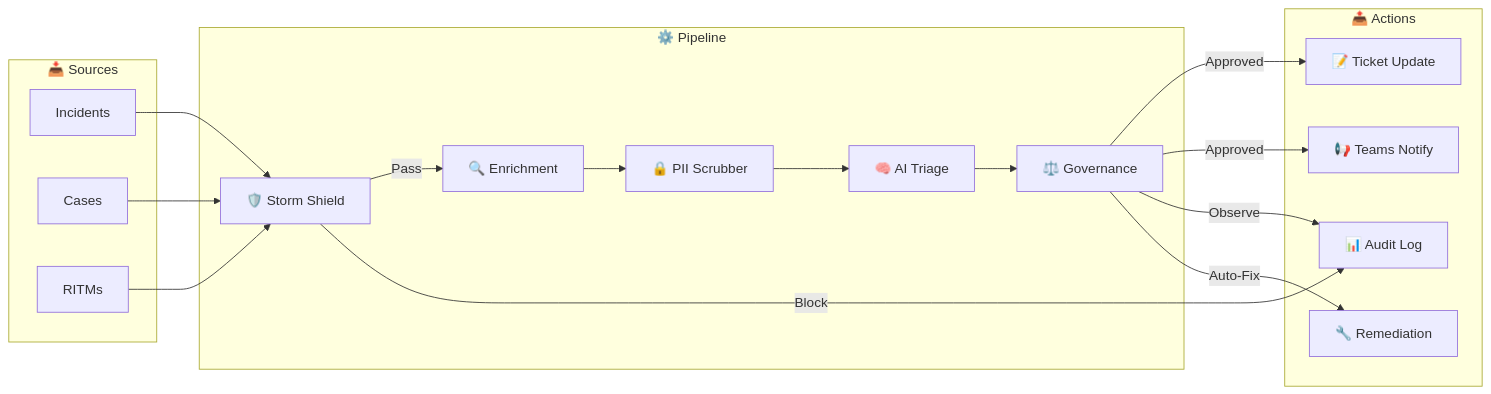
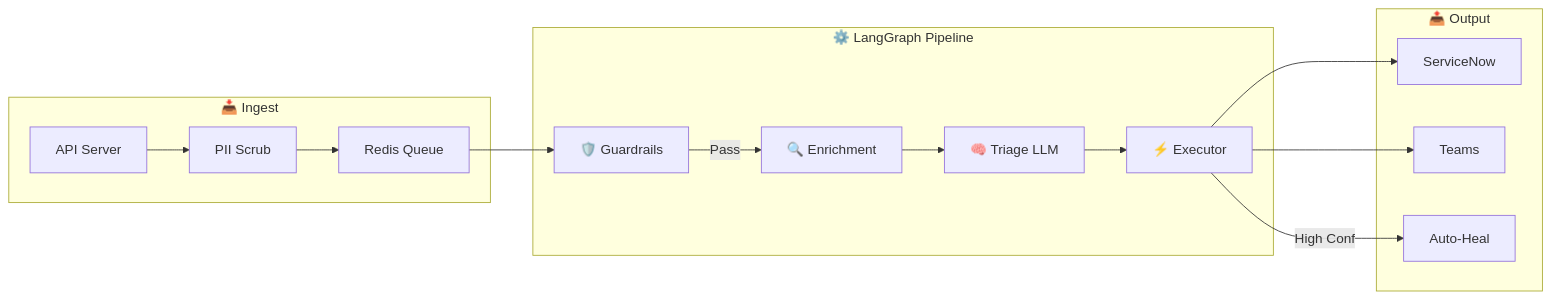
Before and after one commit to maniltns/AEGIS: the third of 3 diagrams in docs/TAD.md, drawn with Mermaid. The commit also changed other lines of this file and 15 other files, not shown here.

````diff
--- a/docs/TAD.md
+++ b/docs/TAD.md
@@ -348,36 +136,27 @@
 ```mermaid
 flowchart LR
-    subgraph INPUT["📥 Sources"]
-        INC["Incidents"]
-        CASE["Cases"]
-        RITM["RITMs"]
+    subgraph "📥 Ingest"
+        API["API Server"]
+        SCRUB["PII Scrub"]
+        QUEUE["Redis Queue"]
     end
 
-    subgraph PROCESS["⚙️ Pipeline"]
-        STORM["🛡️ Storm Shield"]
-        ENRICH["🔍 Enrichment"]
-        PII["🔒 PII Scrubber"]
-        AI["🧠 AI Triage"]
-        GOV["⚖️ Governance"]
+    subgraph "⚙️ LangGraph Pipeline"
+        N1["🛡️ Guardrails"]
+        N2["🔍 Enrichment"]
+        N3["🧠 Triage LLM"]
+        N4["⚡ Executor"]
     end
 
-    subgraph OUTPUT["📤 Actions"]
-        UPDATE["📝 Ticket Update"]
-        NOTIFY["📢 Teams Notify"]
-        AUDIT["📊 Audit Log"]
-        EXEC["🔧 Remediation"]
+    subgraph "📤 Output"
+        SNOW["ServiceNow"]
+        TEAMS["Teams"]
+        SSM["Auto-Heal"]
     end
 
-    INC --> STORM
-    CASE --> STORM
-    RITM --> STORM
-    STORM -->|Pass| ENRICH
-    STORM -->|Block| AUDIT
-    ENRICH --> PII
-    PII --> AI
-    AI --> GOV
-    GOV -->|Approved| UPDATE
-    GOV -->|Approved| NOTIFY
-    GOV -->|Observe| AUDIT
-    GOV -->|Auto-Fix| EXEC
+    API --> SCRUB --> QUEUE --> N1
+    N1 -->|Pass| N2 --> N3 --> N4
+    N4 --> SNOW
+    N4 --> TEAMS
+    N4 -->|High Conf| SSM
 ```
````
